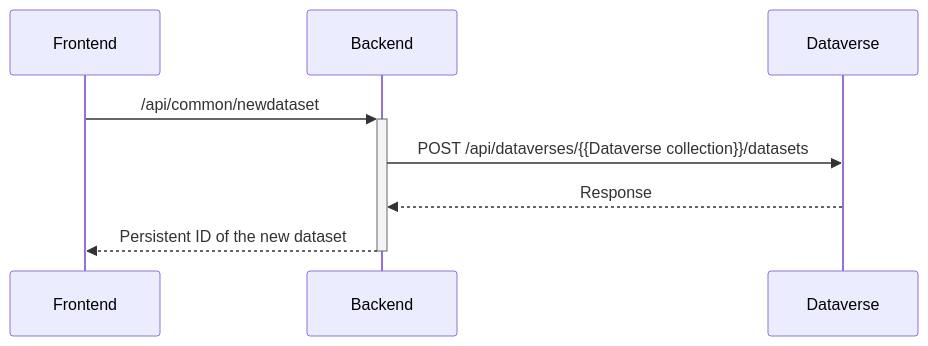
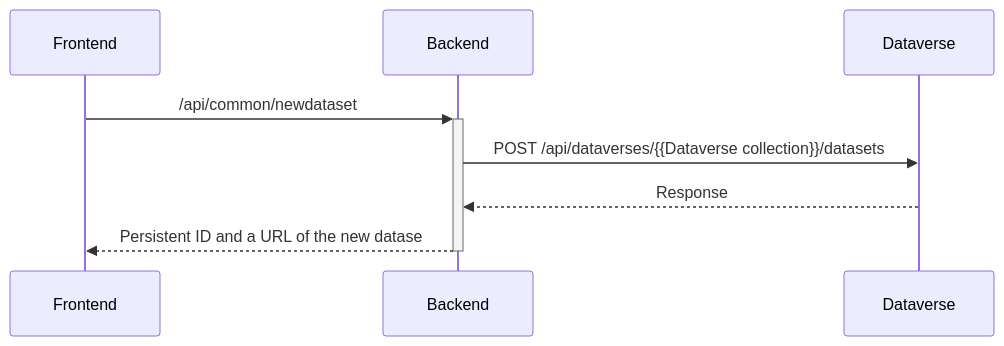
One commit to libis/rdm-integration changed the fourth of 5 diagrams in README.md. Above: the diagram before and after it, drawn with Mermaid. The commit also changed other lines of this file, not shown here.

````diff
--- a/README.md
+++ b/README.md
@@ -79,7 +80,7 @@
 ```mermaid
 sequenceDiagram
     Frontend->>+Backend: /api/common/newdataset
     Backend->>Dataverse: POST /api/dataverses/{{Dataverse collection}}/datasets
     Dataverse-->>Backend: Response
-    Backend-->>-Frontend: Persistent ID of the new dataset
+    Backend-->>-Frontend: Persistent ID and a URL of the new datase
 ```
````
